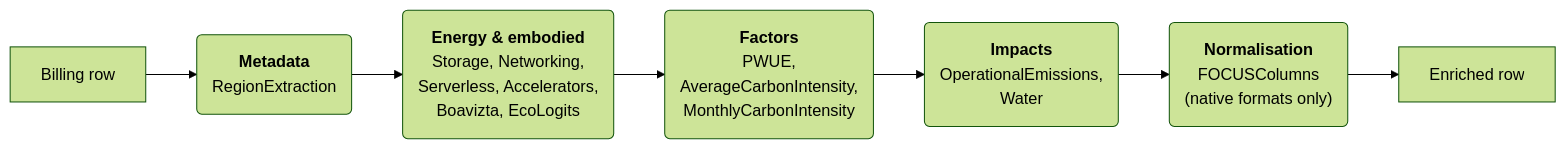
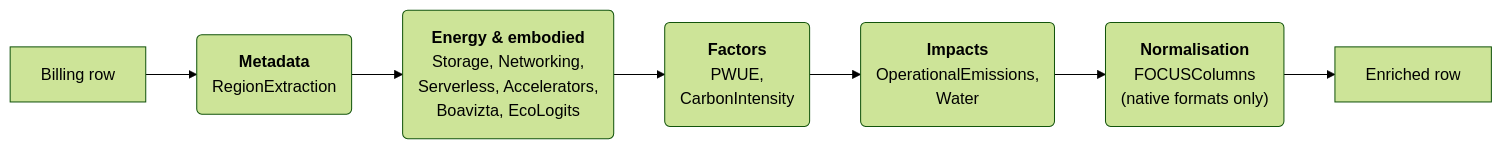
Before and after one commit to DigitalPebble/spruce: the diagram in docs/src/modules.md, drawn with Mermaid (forest theme). The commit also changed other lines of this file and 9 other files, not shown here.

First line of the commit message:
Carbon intensity from WattTime at the time of usage (#302)

````diff
--- a/docs/src/modules.md
+++ b/docs/src/modules.md
@@ -33,9 +33,9 @@
 ```mermaid
 flowchart LR
     A[Billing row] --> B("<b>Metadata</b><br>RegionExtraction")
     B --> C("<b>Energy &amp; embodied</b><br>Storage, Networking,<br>Serverless, Accelerators,<br>Boavizta, EcoLogits")
-    C --> D("<b>Factors</b><br>PWUE,<br>AverageCarbonIntensity,<br>MonthlyCarbonIntensity")
+    C --> D("<b>Factors</b><br>PWUE,<br>CarbonIntensity")
     D --> E("<b>Impacts</b><br>OperationalEmissions,<br>Water")
     E --> F("<b>Normalisation</b><br>FOCUSColumns<br>(native formats only)")
     F --> G[Enriched row]
 ```
````
